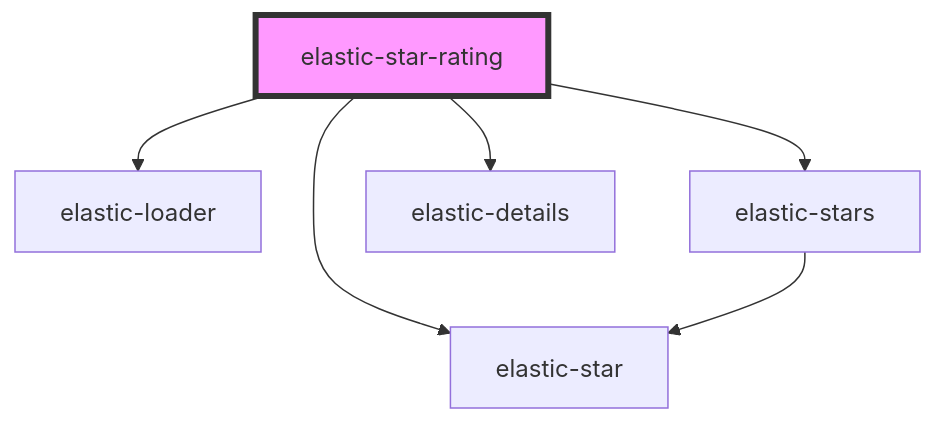
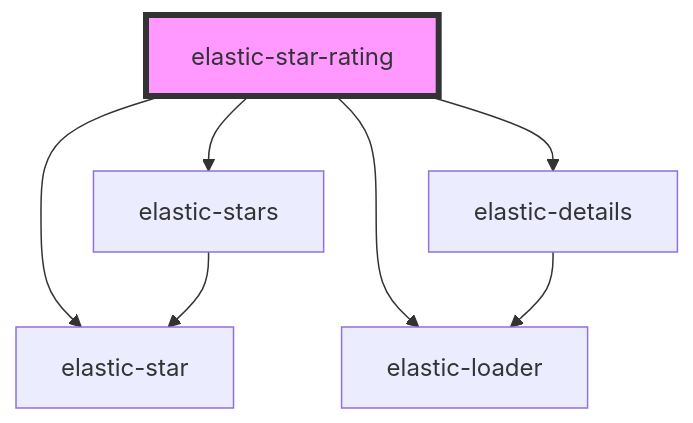
One commit to elasticmind/elastic-star-rating changed the diagram in components/src/components/elastic-star-rating/readme.md. Above: the diagram before and after it, drawn with Mermaid. The commit also changed other lines of this file and 3 other files, not shown here.

````diff
--- a/components/src/components/elastic-star-rating/readme.md
+++ b/components/src/components/elastic-star-rating/readme.md
@@ -25,9 +25,10 @@
 ```mermaid
 graph TD;
-  elastic-star-rating --> elastic-loader
   elastic-star-rating --> elastic-star
   elastic-star-rating --> elastic-stars
+  elastic-star-rating --> elastic-loader
   elastic-star-rating --> elastic-details
   elastic-stars --> elastic-star
+  elastic-details --> elastic-loader
   style elastic-star-rating fill:#f9f,stroke:#333,stroke-width:4px
 ```
````
